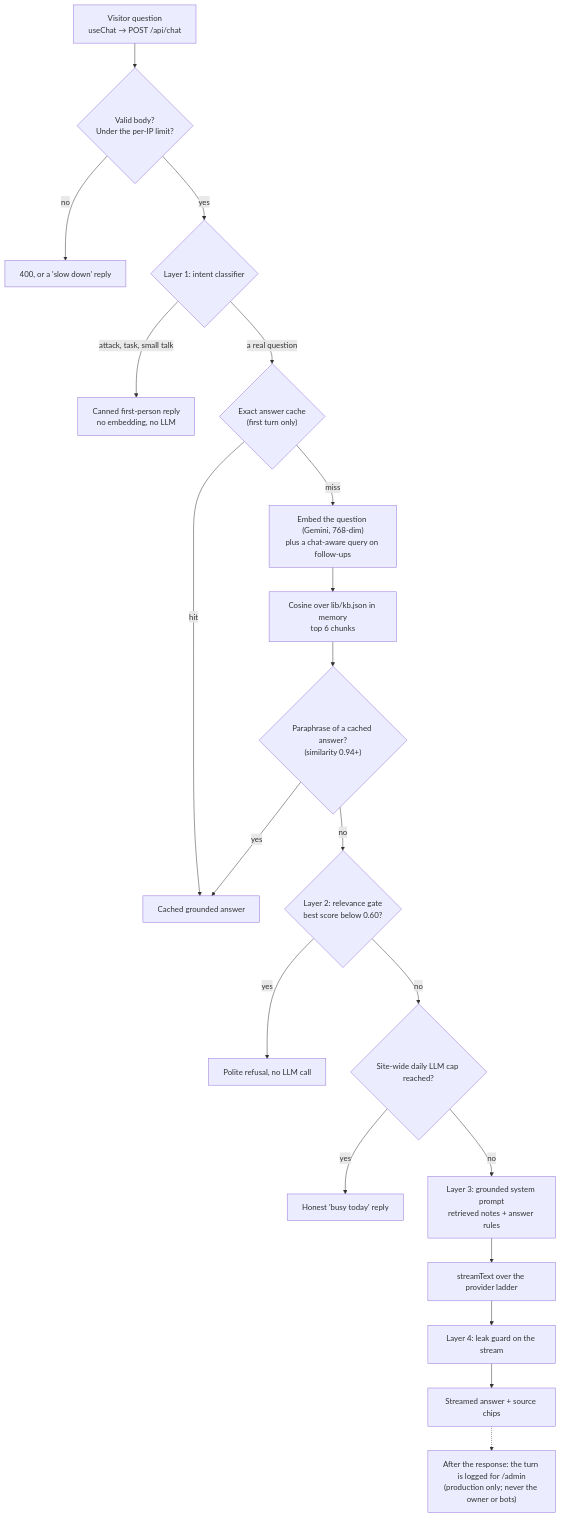
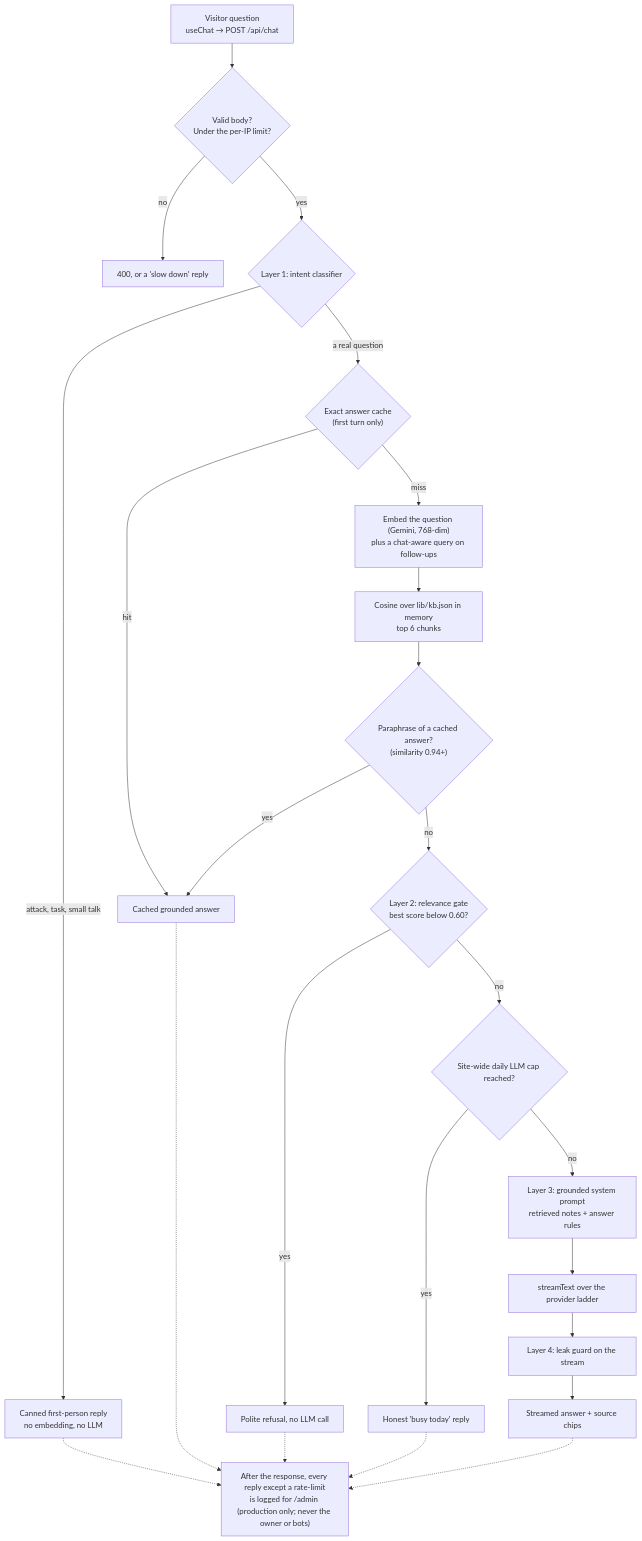
The diagram in README.md (Sina-Amare/ai-portfolio), drawn with Mermaid before and after one commit.

Commit message:
docs(readme): show every reply path feeding the Conversations log
The diagram only linked the streamed answer to the log, but route.ts logs
canned, cached, refused, capped and error replies too (only rate-limits skip it).

````diff
--- a/README.md
+++ b/README.md
@@ -98,22 +98,22 @@
 ```mermaid
 flowchart TD
   Q["Visitor question<br/>useChat → POST /api/chat"] --> V{"Valid body?<br/>Under the per-IP limit?"}
   V -->|no| E400["400, or a 'slow down' reply"]
   V -->|yes| L1{"Layer 1: intent classifier"}
   L1 -->|attack, task, small talk| C1["Canned first-person reply<br/>no embedding, no LLM"]
   L1 -->|a real question| AC{"Exact answer cache<br/>(first turn only)"}
   AC -->|hit| C2["Cached grounded answer"]
   AC -->|miss| EMB["Embed the question (Gemini, 768-dim)<br/>plus a chat-aware query on follow-ups"]
   EMB --> RET["Cosine over lib/kb.json in memory<br/>top 6 chunks"]
   RET --> SC{"Paraphrase of a cached answer?<br/>(similarity 0.94+)"}
   SC -->|yes| C2
   SC -->|no| L2{"Layer 2: relevance gate<br/>best score below 0.60?"}
   L2 -->|yes| C3["Polite refusal, no LLM call"]
   L2 -->|no| CAP{"Site-wide daily LLM cap reached?"}
   CAP -->|yes| C4["Honest 'busy today' reply"]
   CAP -->|no| L3["Layer 3: grounded system prompt<br/>retrieved notes + answer rules"]
   L3 --> LAD["streamText over the provider ladder"]
   LAD --> L4["Layer 4: leak guard on the stream"]
   L4 --> OUT["Streamed answer + source chips"]
-  OUT -.-> LOG["After the response: the turn is logged for /admin<br/>(production only; never the owner or bots)"]
+  C1 & C2 & C3 & C4 & OUT -.-> LOG["After the response, every reply except a rate-limit<br/>is logged for /admin (production only; never the owner or bots)"]
 ```
````
